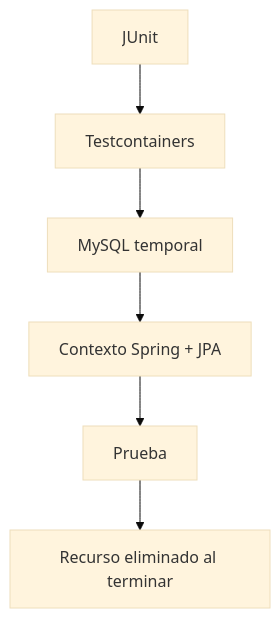
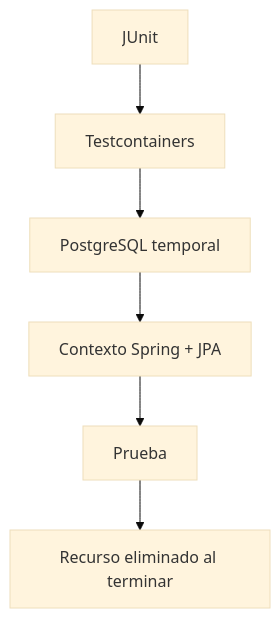
The diagram in docs/09-pruebas.md (Braian551/CartSpringBoot), drawn with Mermaid (base theme) before and after one commit. The commit also changed other lines of this file and 28 other files, not shown here.

```diff
--- a/docs/09-pruebas.md
+++ b/docs/09-pruebas.md
@@ -114,8 +117,8 @@
 ~~~mermaid
 flowchart TD
     A[JUnit] --> B[Testcontainers]
-    B --> C[MySQL temporal]
+    B --> C[PostgreSQL temporal]
     C --> D[Contexto Spring + JPA]
     D --> E[Prueba]
     E --> F[Recurso eliminado al terminar]
 ~~~
```
